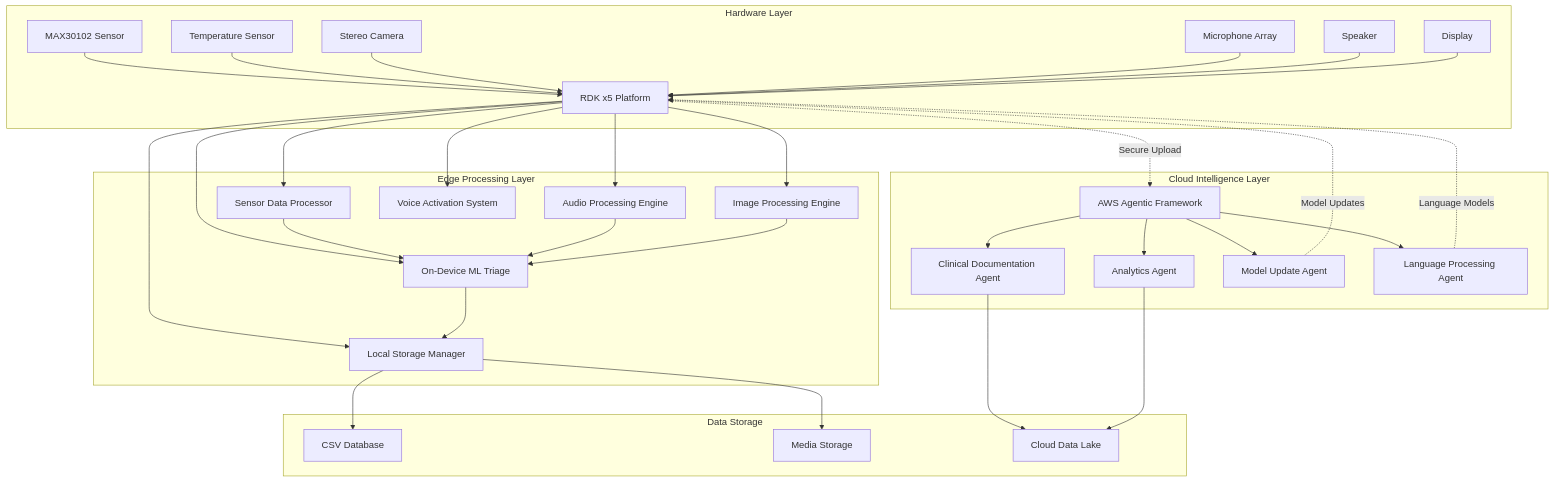
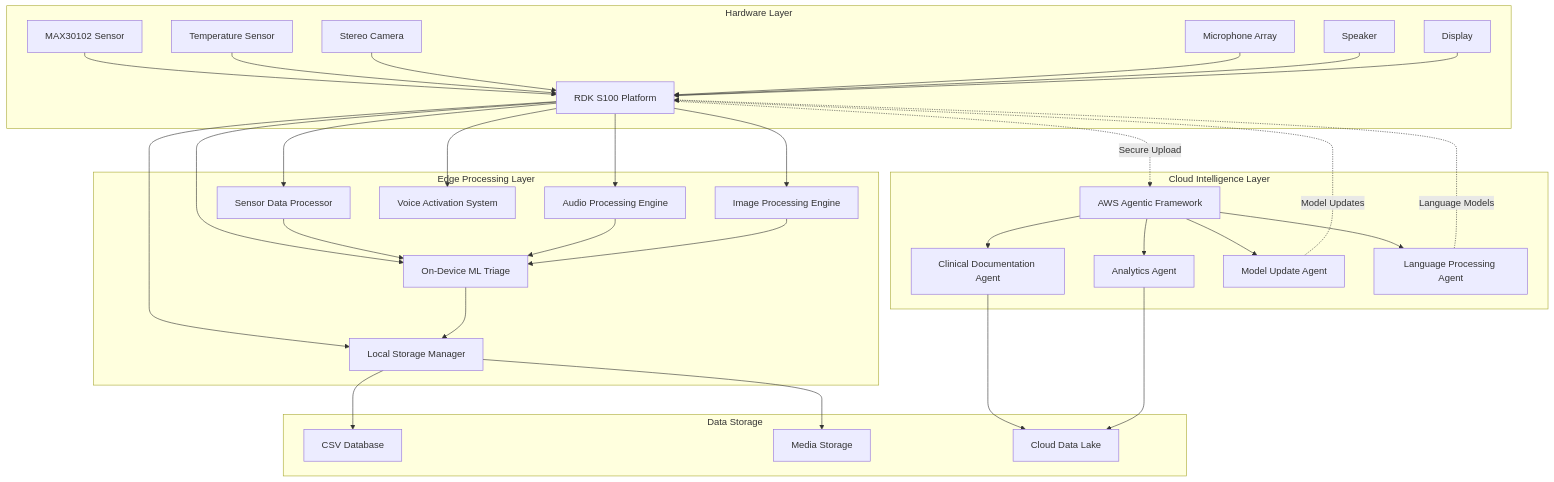
The first of 3 diagrams in .kiro/specs/pocket-asha/design.md (DevDaring/Nova_Dear-Care), drawn with Mermaid before and after one commit. The commit also changed other lines of this file and 3 other files, not shown here.

````diff
--- a/.kiro/specs/pocket-asha/design.md
+++ b/.kiro/specs/pocket-asha/design.md
@@ -20,52 +20,52 @@
 ```mermaid
 graph TB
     subgraph "Hardware Layer"
-        A[MAX30102 Sensor] --> D[RDK x5 Platform]
+        A[MAX30102 Sensor] --> D[RDK S100 Platform]
         B[Temperature Sensor] --> D
         C[Stereo Camera] --> D
         E[Microphone Array] --> D
         F[Speaker] --> D
         G[Display] --> D
     end
     
     subgraph "Edge Processing Layer"
         D --> H[Sensor Data Processor]
         D --> I[Audio Processing Engine]
         D --> J[Image Processing Engine]
         D --> K[On-Device ML Triage]
         D --> L[Voice Activation System]
         D --> M[Local Storage Manager]
     end
     
     subgraph "Cloud Intelligence Layer"
         N[AWS Agentic Framework]
         O[Clinical Documentation Agent]
         P[Analytics Agent]
         Q[Model Update Agent]
         R[Language Processing Agent]
     end
     
     subgraph "Data Storage"
         S[CSV Database]
         T[Media Storage]
         U[Cloud Data Lake]
     end
     
     H --> K
     I --> K
     J --> K
     K --> M
     M --> S
     M --> T
     
     D -.->|Secure Upload| N
     N --> O
     N --> P
     N --> Q
     N --> R
     
     O --> U
     P --> U
     Q -.->|Model Updates| D
     R -.->|Language Models| D
 ```
````
